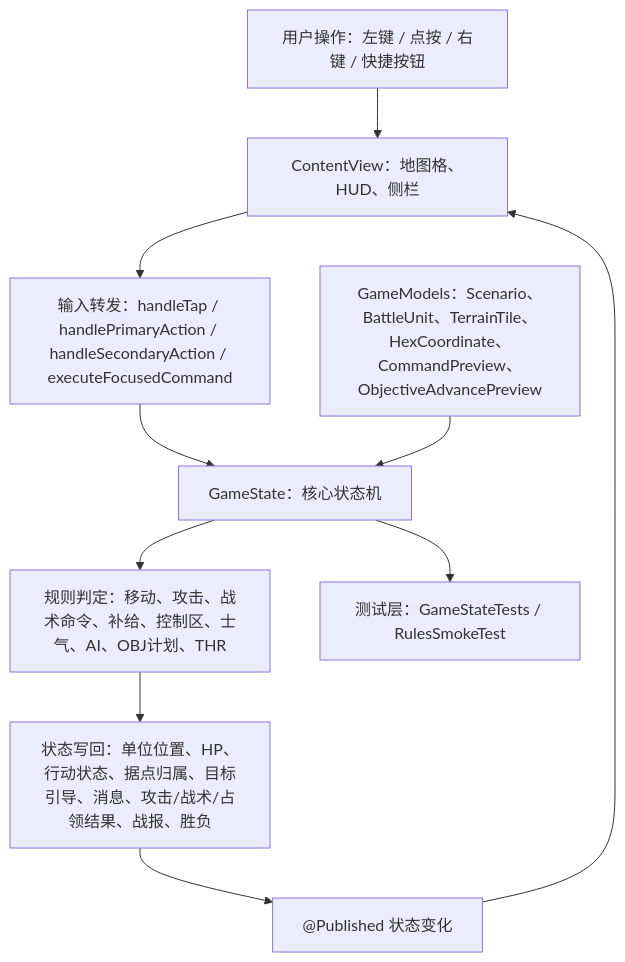
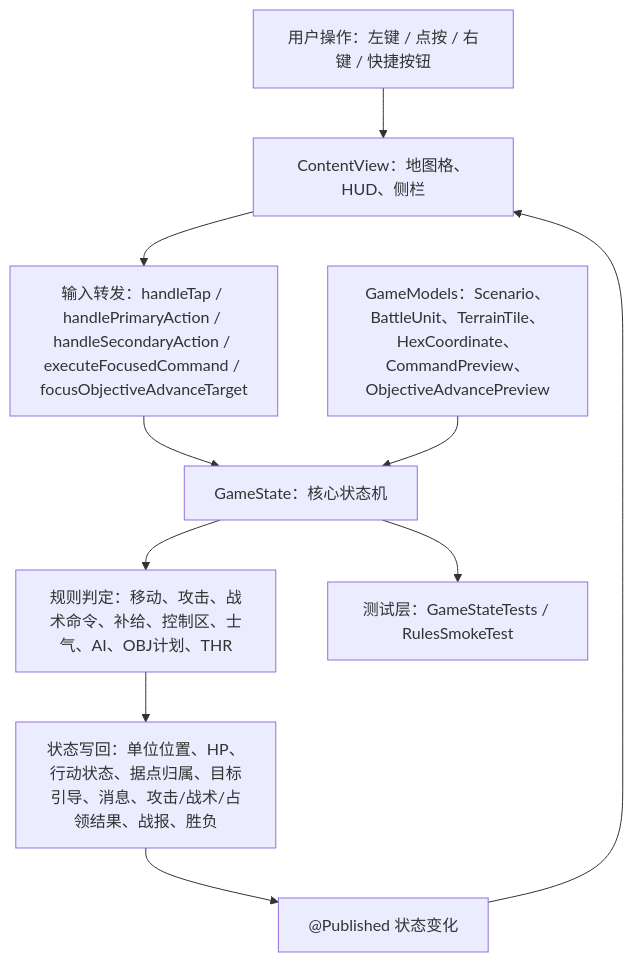
One commit to Altman-sam114/116 changed the first of 5 diagrams in md/flow/flowchart.md. Above: the diagram before and after it, drawn with Mermaid. The commit also changed other lines of this file and 9 other files, not shown here.

````diff
--- a/md/flow/flowchart.md
+++ b/md/flow/flowchart.md
@@ -9,12 +9,12 @@
 ```mermaid
 flowchart TD
   U["用户操作：左键 / 点按 / 右键 / 快捷按钮"] --> V["ContentView：地图格、HUD、侧栏"]
-  V --> I["输入转发：handleTap / handlePrimaryAction / handleSecondaryAction / executeFocusedCommand"]
+  V --> I["输入转发：handleTap / handlePrimaryAction / handleSecondaryAction / executeFocusedCommand / focusObjectiveAdvanceTarget"]
   I --> S["GameState：核心状态机"]
   M["GameModels：Scenario、BattleUnit、TerrainTile、HexCoordinate、CommandPreview、ObjectiveAdvancePreview"] --> S
   S --> R["规则判定：移动、攻击、战术命令、补给、控制区、士气、AI、OBJ计划、THR"]
   R --> W["状态写回：单位位置、HP、行动状态、据点归属、目标引导、消息、攻击/战术/占领结果、战报、胜负"]
   W --> P["@Published 状态变化"]
   P --> V
   S --> T["测试层：GameStateTests / RulesSmokeTest"]
 ```
````
